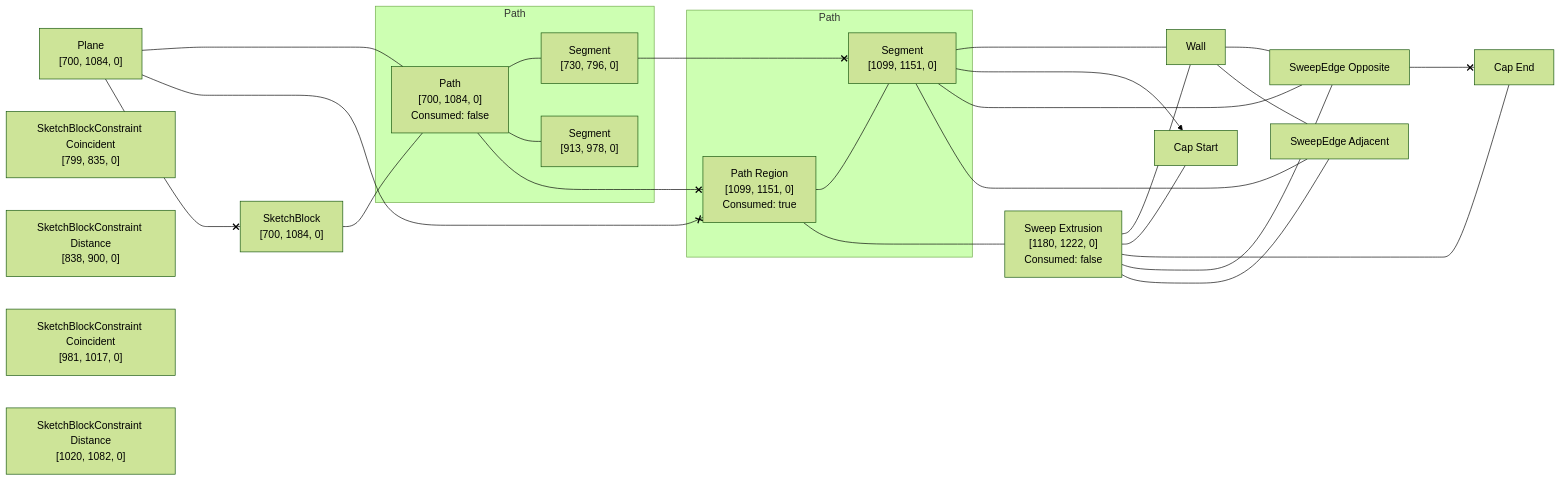
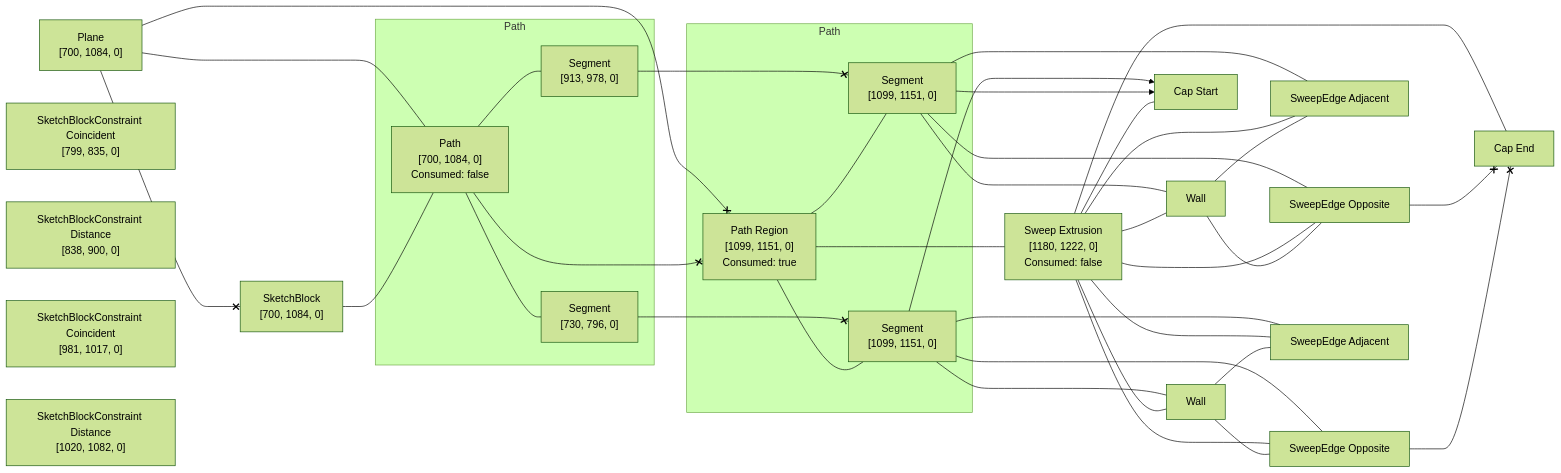
The diagram in rust/kcl-lib/tests/kcl_samples/washer/artifact_graph_flowchart.snap.md (KittyCAD/modeling-app), drawn with Mermaid (forest theme) before and after one commit. The commit also changed 33 other files, not shown here.

````diff
--- a/rust/kcl-lib/tests/kcl_samples/washer/artifact_graph_flowchart.snap.md
+++ b/rust/kcl-lib/tests/kcl_samples/washer/artifact_graph_flowchart.snap.md
@@ -1,61 +1,79 @@
 ```mermaid
 flowchart LR
   subgraph path2 [Path]
     2["Path<br>[700, 1084, 0]<br>Consumed: false"]
       %% [ProgramBodyItem { index: 3 }, VariableDeclarationDeclaration, VariableDeclarationInit]
     3["Segment<br>[730, 796, 0]"]
       %% [ProgramBodyItem { index: 3 }, VariableDeclarationDeclaration, VariableDeclarationInit, SketchBlockBody, SketchBlockBodyItem { index: 0 }, VariableDeclarationDeclaration, VariableDeclarationInit]
     4["Segment<br>[913, 978, 0]"]
       %% [ProgramBodyItem { index: 3 }, VariableDeclarationDeclaration, VariableDeclarationInit, SketchBlockBody, SketchBlockBodyItem { index: 3 }, VariableDeclarationDeclaration, VariableDeclarationInit]
   end
   subgraph path5 [Path]
     5["Path Region<br>[1099, 1151, 0]<br>Consumed: true"]
       %% [ProgramBodyItem { index: 4 }, VariableDeclarationDeclaration, VariableDeclarationInit]
     6["Segment<br>[1099, 1151, 0]"]
       %% [ProgramBodyItem { index: 4 }, VariableDeclarationDeclaration, VariableDeclarationInit]
+    7["Segment<br>[1099, 1151, 0]"]
+      %% [ProgramBodyItem { index: 4 }, VariableDeclarationDeclaration, VariableDeclarationInit]
   end
   1["Plane<br>[700, 1084, 0]"]
     %% [ProgramBodyItem { index: 3 }, VariableDeclarationDeclaration, VariableDeclarationInit]
-  7["Sweep Extrusion<br>[1180, 1222, 0]<br>Consumed: false"]
+  8["Sweep Extrusion<br>[1180, 1222, 0]<br>Consumed: false"]
     %% [ProgramBodyItem { index: 6 }, VariableDeclarationDeclaration, VariableDeclarationInit]
-  8[Wall]
+  9[Wall]
     %% face_code_ref=Missing NodePath
-  9["Cap Start"]
+  10[Wall]
     %% face_code_ref=Missing NodePath
-  10["Cap End"]
+  11["Cap Start"]
     %% face_code_ref=Missing NodePath
-  11["SweepEdge Opposite"]
-  12["SweepEdge Adjacent"]
-  13["SketchBlock<br>[700, 1084, 0]"]
+  12["Cap End"]
+    %% face_code_ref=Missing NodePath
+  13["SweepEdge Opposite"]
+  14["SweepEdge Adjacent"]
+  15["SweepEdge Opposite"]
+  16["SweepEdge Adjacent"]
+  17["SketchBlock<br>[700, 1084, 0]"]
     %% [ProgramBodyItem { index: 3 }, VariableDeclarationDeclaration, VariableDeclarationInit]
-  14["SketchBlockConstraint Coincident<br>[799, 835, 0]"]
+  18["SketchBlockConstraint Coincident<br>[799, 835, 0]"]
     %% [ProgramBodyItem { index: 3 }, VariableDeclarationDeclaration, VariableDeclarationInit, SketchBlockBody, SketchBlockBodyItem { index: 1 }, ExpressionStatementExpr]
-  15["SketchBlockConstraint Distance<br>[838, 900, 0]"]
+  19["SketchBlockConstraint Distance<br>[838, 900, 0]"]
     %% [ProgramBodyItem { index: 3 }, VariableDeclarationDeclaration, VariableDeclarationInit, SketchBlockBody, SketchBlockBodyItem { index: 2 }, ExpressionStatementExpr]
-  16["SketchBlockConstraint Coincident<br>[981, 1017, 0]"]
+  20["SketchBlockConstraint Coincident<br>[981, 1017, 0]"]
     %% [ProgramBodyItem { index: 3 }, VariableDeclarationDeclaration, VariableDeclarationInit, SketchBlockBody, SketchBlockBodyItem { index: 4 }, ExpressionStatementExpr]
-  17["SketchBlockConstraint Distance<br>[1020, 1082, 0]"]
+  21["SketchBlockConstraint Distance<br>[1020, 1082, 0]"]
     %% [ProgramBodyItem { index: 3 }, VariableDeclarationDeclaration, VariableDeclarationInit, SketchBlockBody, SketchBlockBodyItem { index: 5 }, ExpressionStatementExpr]
   1 --- 2
   1 <--x 5
-  1 <--x 13
+  1 <--x 17
   2 --- 3
   2 --- 4
   2 <--x 5
-  13 --- 2
+  17 --- 2
   3 <--x 6
+  4 <--x 7
   5 --- 6
-  5 ---- 7
-  6 --- 8
-  6 x--> 9
-  6 --- 11
-  6 --- 12
-  7 --- 8
+  5 --- 7
+  5 ---- 8
+  6 --- 10
+  6 x--> 11
+  6 --- 15
+  6 --- 16
   7 --- 9
-  7 --- 10
-  7 --- 11
-  7 --- 12
+  7 x--> 11
+  7 --- 13
+  7 --- 14
+  8 --- 9
+  8 --- 10
   8 --- 11
   8 --- 12
-  11 <--x 10
+  8 --- 13
+  8 --- 14
+  8 --- 15
+  8 --- 16
+  9 --- 13
+  9 --- 14
+  10 --- 15
+  10 --- 16
+  13 <--x 12
+  15 <--x 12
 ```
````
